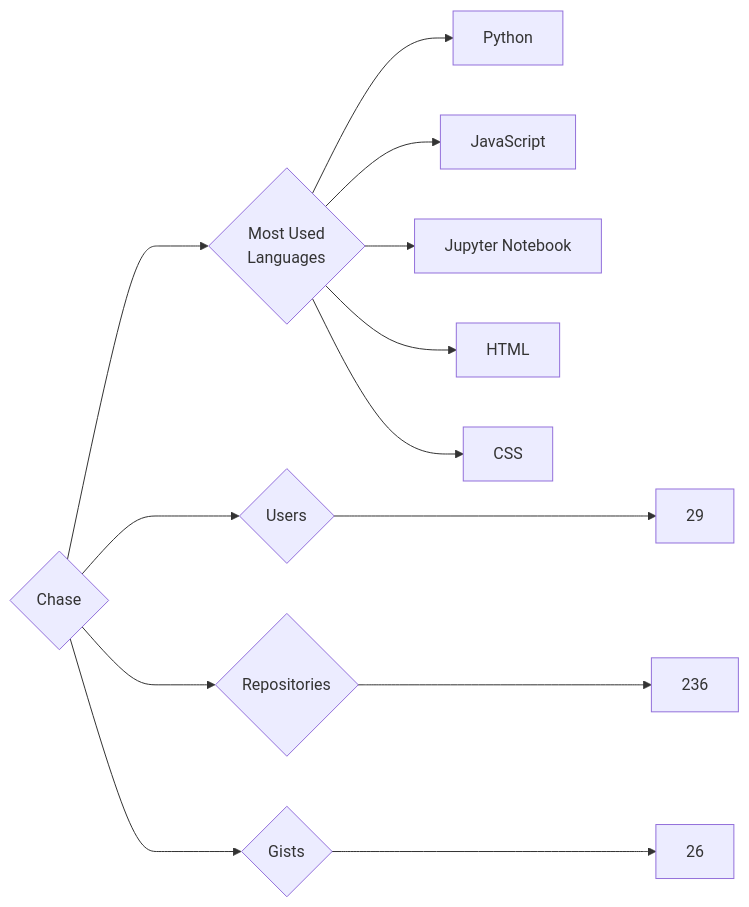
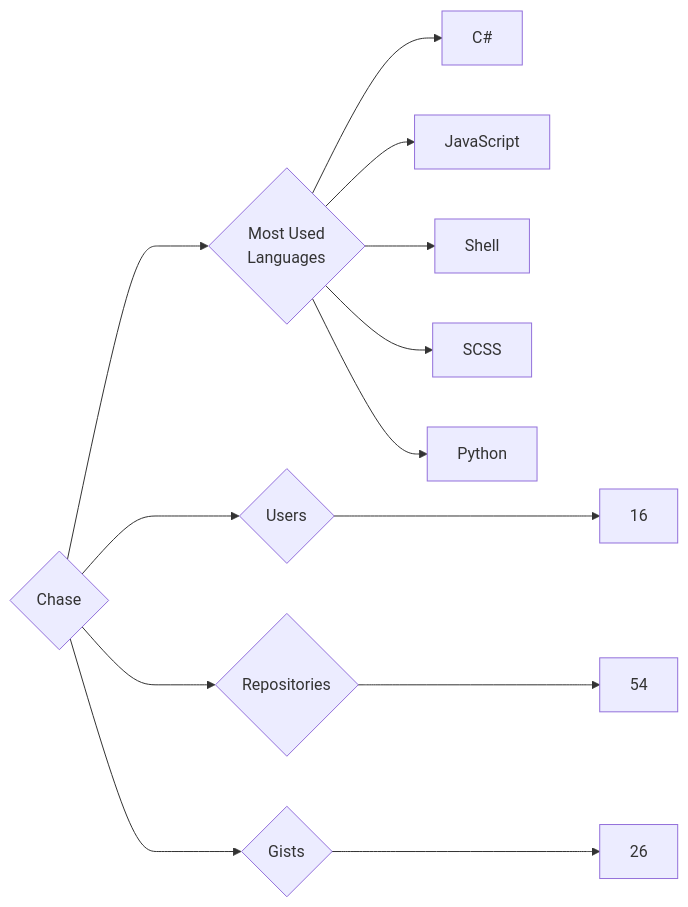
One commit to trickest/insiders changed the diagram in targets/Chase/README.md. Above: the diagram before and after it, drawn with Mermaid. The commit also changed 912 other files, not shown here.

````diff
--- a/targets/Chase/README.md
+++ b/targets/Chase/README.md
@@ -3,13 +3,13 @@
 ```mermaid
 graph LR
 COMPANY_NAME{Chase}
-COMPANY_NAME ---> U{Users} ---> UN[29]
-COMPANY_NAME ---> R{Repositories} ---> RN[236]
+COMPANY_NAME ---> U{Users} ---> UN[16]
+COMPANY_NAME ---> R{Repositories} ---> RN[54]
 COMPANY_NAME ---> G{Gists} ---> GN[26]
 COMPANY_NAME ---> ML{Most Used<br>Languages}
+ML --> C#[C#]
+ML --> JavaScript[JavaScript]
+ML --> Shell[Shell]
+ML --> SCSS[SCSS]
 ML --> Python[Python]
-ML --> JavaScript[JavaScript]
-ML --> Jupyter_Notebook[Jupyter Notebook]
-ML --> HTML[HTML]
-ML --> CSS[CSS]
 ```
````
